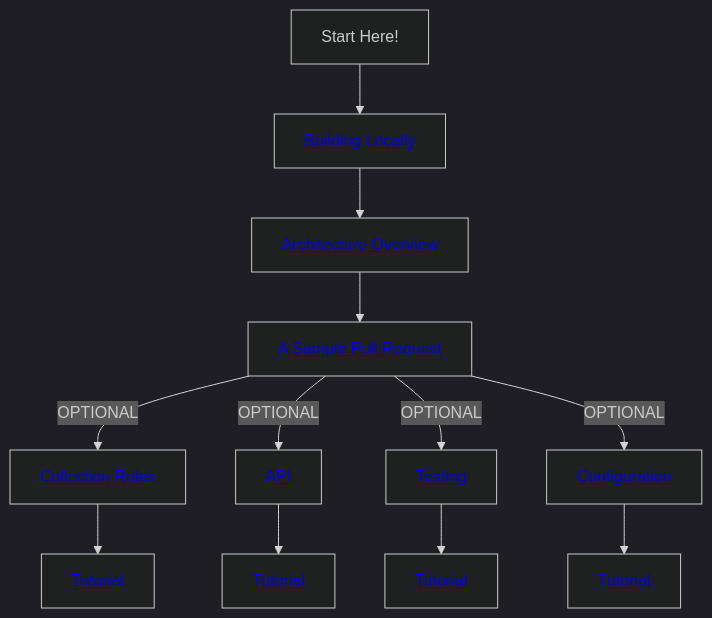
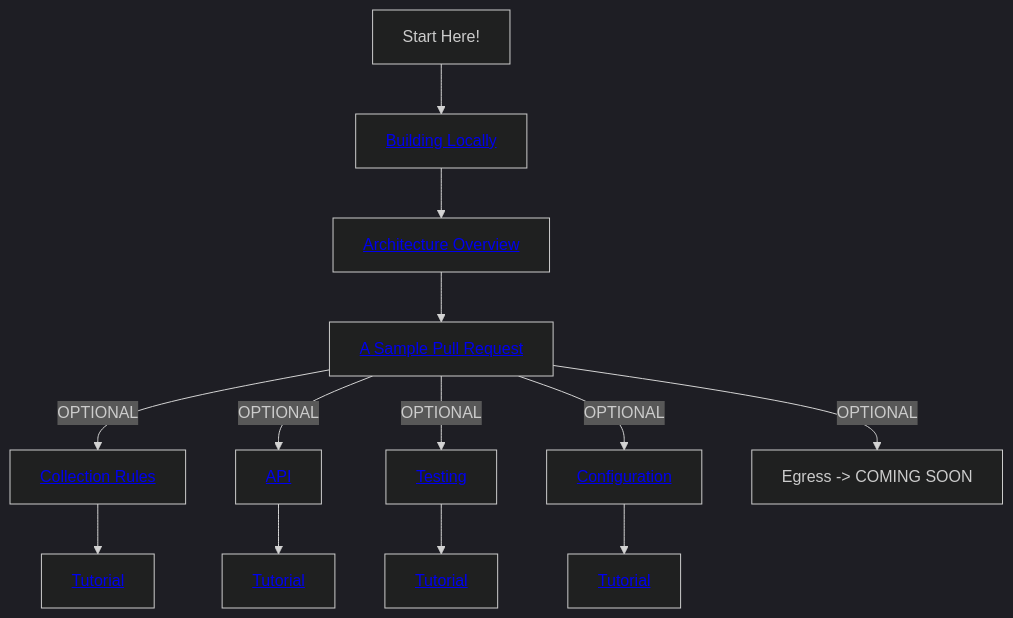
One commit to dotnet/dotnet-monitor changed the diagram in documentation/learningPath/README.md. Above: the diagram before and after it, drawn with Mermaid (dark theme).

````diff
--- a/documentation/learningPath/README.md
+++ b/documentation/learningPath/README.md
@@ -8,14 +8,15 @@
 ```mermaid
 graph TD
     B[Start Here!] --> C[<a href='https://github.com/dotnet/dotnet-monitor/blob/main/documentation/building.md'>Building Locally</a>]
     C --> D[<a href='https://github.com/kkeirstead/dotnet-monitor/blob/kkeirstead/LearningPath/documentation/learningPath/architecture.md'>Architecture Overview</a>]
     D --> G[<a href='https://github.com/kkeirstead/dotnet-monitor/blob/kkeirstead/LearningPath/documentation/learningPath/sample-pull-request.md'>A Sample Pull Request</a>]
     G --> |OPTIONAL| H[<a href='https://github.com/kkeirstead/dotnet-monitor/blob/kkeirstead/LearningPath/documentation/learningPath/collectionrules.md'>Collection Rules</a>]
     G --> |OPTIONAL| I[<a href='https://github.com/kkeirstead/dotnet-monitor/blob/kkeirstead/LearningPath/documentation/learningPath/api.md'>API</a>]
     G --> |OPTIONAL| J["<a href='https://github.com/kkeirstead/dotnet-monitor/blob/kkeirstead/LearningPath/documentation/learningPath/testing.md'>Testing</a>"]
     G --> |OPTIONAL| K["<a href='https://github.com/kkeirstead/dotnet-monitor/blob/kkeirstead/LearningPath/documentation/learningPath/configuration.md'>Configuration</a>"]
+    G --> |OPTIONAL| L[Egress -> COMING SOON]
     H --> Q[<a href='https://github.com/kkeirstead/dotnet-monitor/blob/kkeirstead/LearningPath/documentation/learningPath/tutorials/update-a-collection-rule.md'>Tutorial</a>]
     I --> R[<a href='https://github.com/kkeirstead/dotnet-monitor/blob/kkeirstead/LearningPath/documentation/learningPath/tutorials/update-api-endpoint.md'>Tutorial</a>]
     J --> S[<a href='https://github.com/kkeirstead/dotnet-monitor/blob/kkeirstead/LearningPath/documentation/learningPath/tutorials/update-configuration.md'>Tutorial</a>]
     K --> T[<a href='https://github.com/kkeirstead/dotnet-monitor/blob/kkeirstead/LearningPath/documentation/learningPath/tutorials/update-testing.md'>Tutorial</a>]
 ```
````
